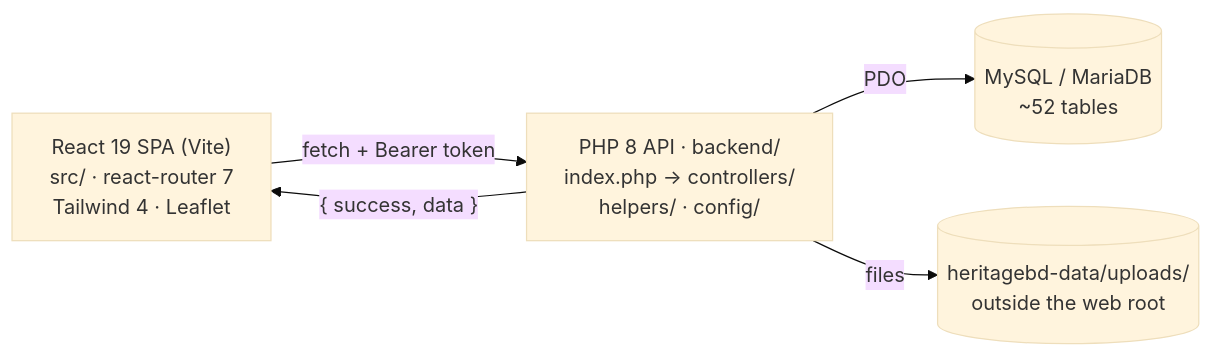
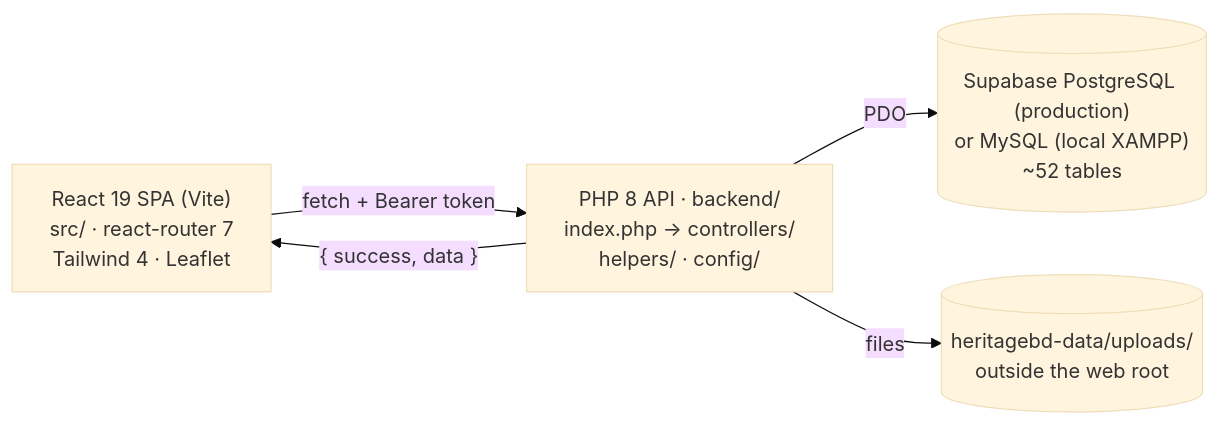
One commit to Monika-Akter47/heritagebd changed the diagram in docs/architecture.md. Above: the diagram before and after it, drawn with Mermaid (base theme). The commit also changed other lines of this file and 33 other files, not shown here.

````diff
--- a/docs/architecture.md
+++ b/docs/architecture.md
@@ -3,7 +3,7 @@
 ```mermaid
 flowchart LR
     SPA["React 19 SPA (Vite)<br/>src/ · react-router 7<br/>Tailwind 4 · Leaflet"] -- "fetch + Bearer token" --> API["PHP 8 API · backend/<br/>index.php → controllers/<br/>helpers/ · config/"]
     API -- "{ success, data }" --> SPA
-    API -- PDO --> DB[("MySQL / MariaDB<br/>~52 tables")]
+    API -- PDO --> DB[("Supabase PostgreSQL (production)<br/>or MySQL (local XAMPP)<br/>~52 tables")]
     API -- files --> FS[("heritagebd-data/uploads/<br/>outside the web root")]
 ```
````
